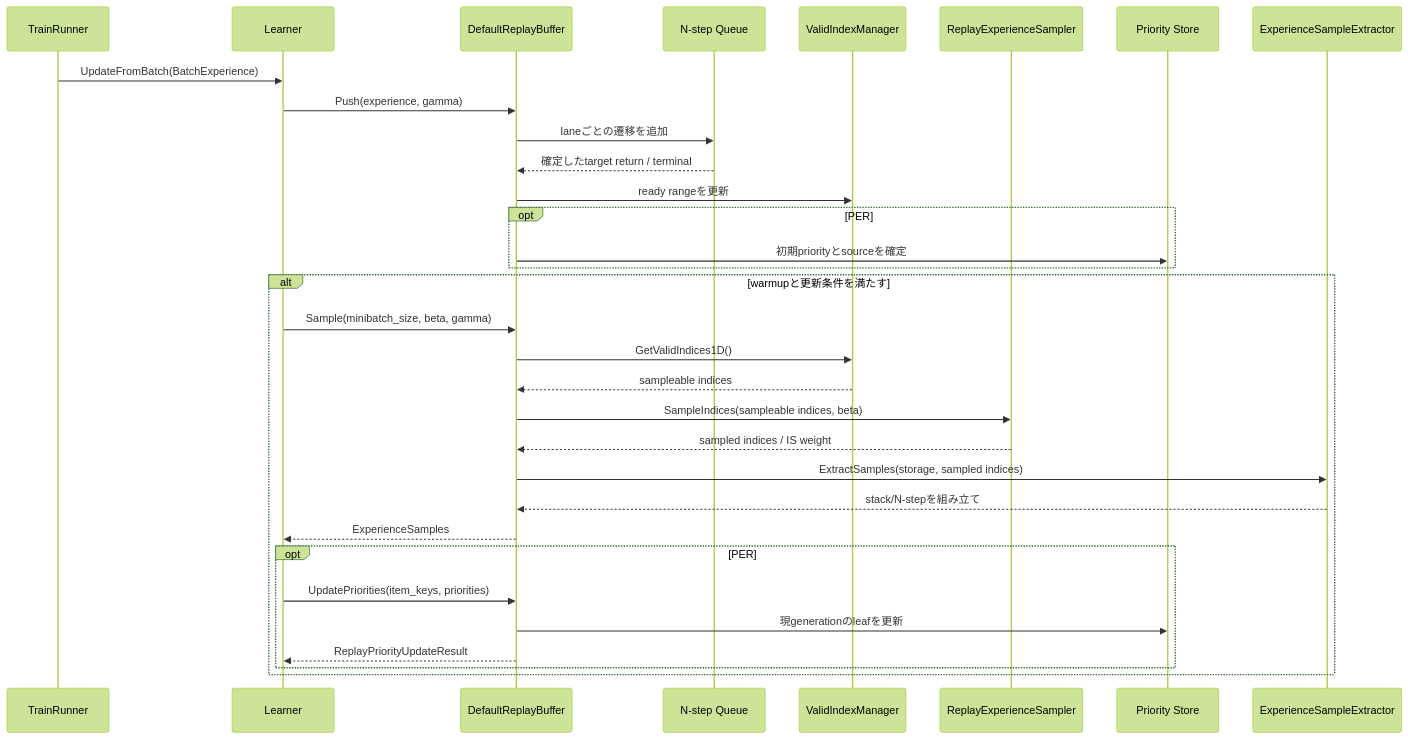
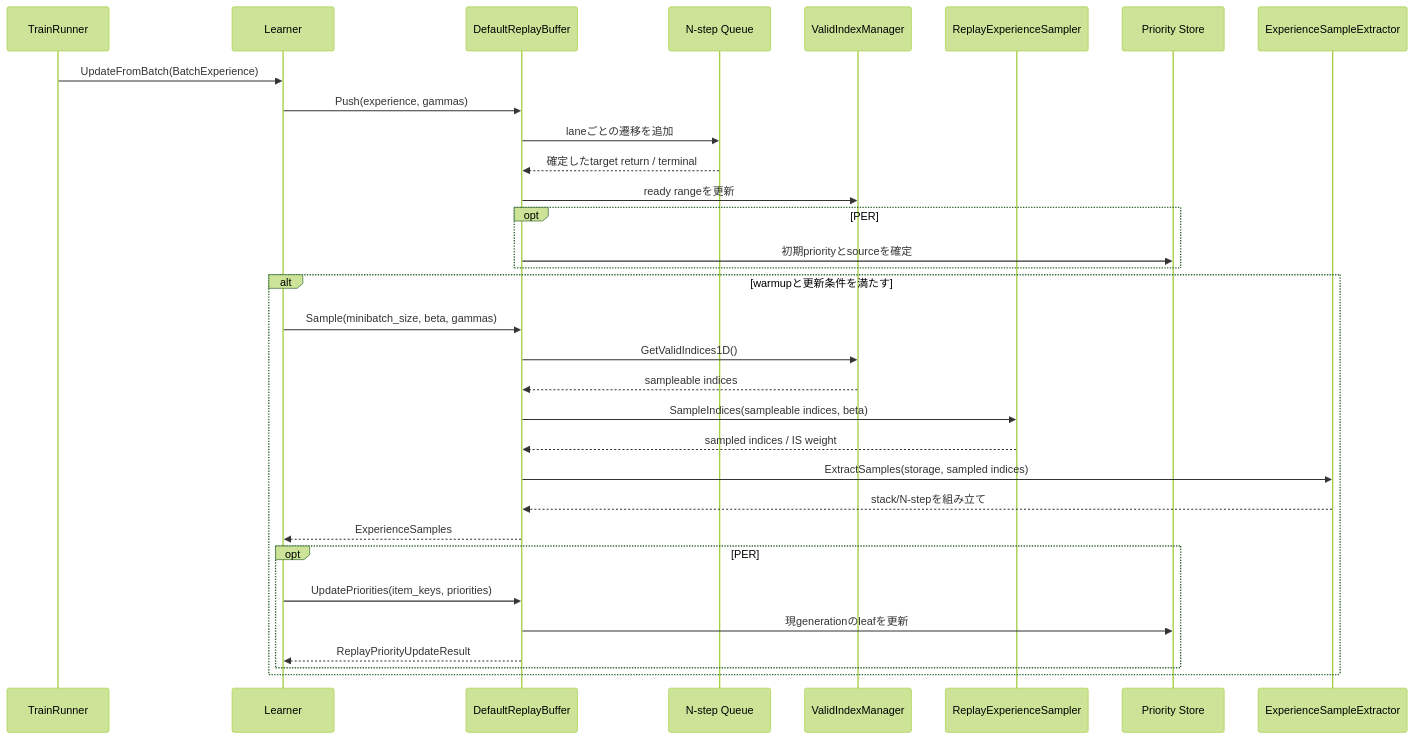
Before and after one commit to kazukin123/anet-lab: the second of 3 diagrams in docs/design/150_replay_buffer.en.md, drawn with Mermaid (forest theme). The commit also changed other lines of this file and 59 other files, not shown here.

````diff
--- a/docs/design/150_replay_buffer.en.md
+++ b/docs/design/150_replay_buffer.en.md
@@ -171,35 +173,35 @@
 ```mermaid
 sequenceDiagram
     participant R as TrainRunner
     participant L as Learner
     participant B as DefaultReplayBuffer
     participant Q as N-step Queue
     participant V as ValidIndexManager
     participant S as ReplayExperienceSampler
     participant P as Priority Store
     participant X as ExperienceSampleExtractor
 
     R->>L: UpdateFromBatch(BatchExperience)
-    L->>B: Push(experience, gamma)
+    L->>B: Push(experience, gammas)
     B->>Q: laneごとの遷移を追加
     Q-->>B: 確定したtarget return / terminal
     B->>V: ready rangeを更新
     opt PER
         B->>P: 初期priorityとsourceを確定
     end
     alt warmupと更新条件を満たす
-        L->>B: Sample(minibatch_size, beta, gamma)
+        L->>B: Sample(minibatch_size, beta, gammas)
         B->>V: GetValidIndices1D()
         V-->>B: sampleable indices
         B->>S: SampleIndices(sampleable indices, beta)
         S-->>B: sampled indices / IS weight
         B->>X: ExtractSamples(storage, sampled indices)
         X-->>B: stack/N-stepを組み立て
         B-->>L: ExperienceSamples
         opt PER
             L->>B: UpdatePriorities(item_keys, priorities)
             B->>P: 現generationのleafを更新
             B-->>L: ReplayPriorityUpdateResult
         end
     end
 ```
````
